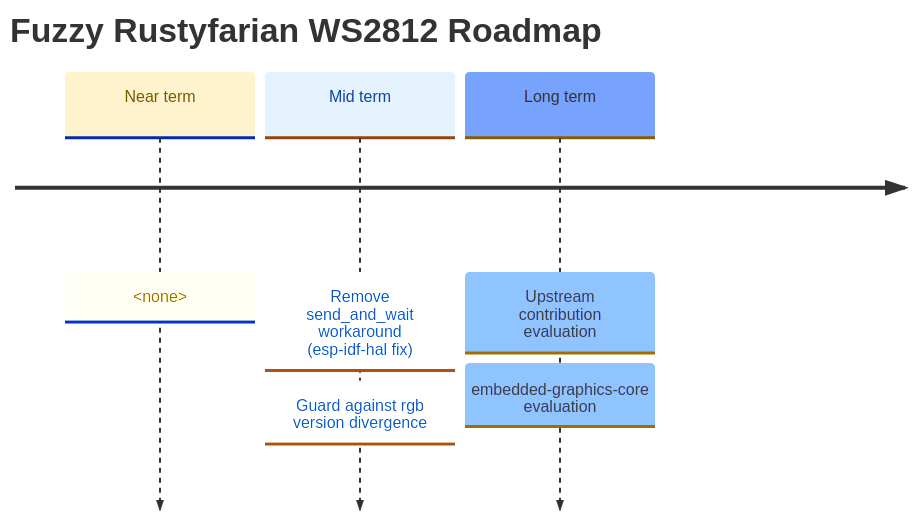
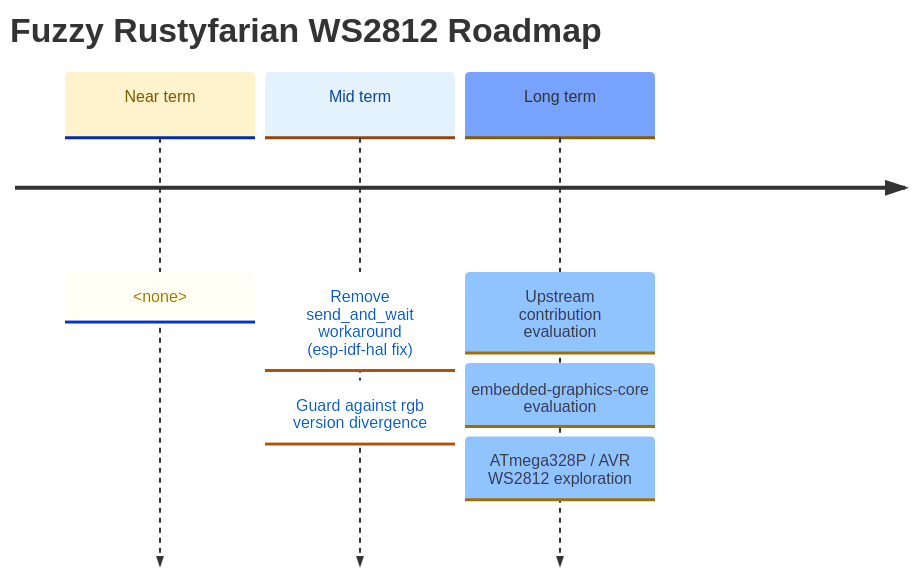
One commit to datenkollektiv/rustyfarian-ws2812 changed the diagram in docs/ROADMAP.md. Above: the diagram before and after it, drawn with Mermaid. The commit also changed other lines of this file and 1 other file, not shown here.

Commit message:
Add AVR WS2812 exploration and feasibility assessment to roadmap

````diff
--- a/docs/ROADMAP.md
+++ b/docs/ROADMAP.md
@@ -9,22 +9,23 @@
 ```mermaid
 %%{init: {
   "theme": "base",
   "themeVariables": {
     "cScale0": "#fff3cd",
     "cScaleLabel0": "#7a5a00",
     "cScale1": "#e3f2fd",
     "cScaleLabel1": "#0d47a1"
   }
 }}%%
 
 timeline
     title Fuzzy Rustyfarian WS2812 Roadmap
 
     Near term : <none>
 
     Mid term  : Remove send_and_wait workaround (esp-idf-hal fix)
               : Guard against rgb version divergence
 
     Long term : Upstream contribution evaluation
               : embedded-graphics-core evaluation
+              : ATmega328P / AVR WS2812 exploration
 ```
````
